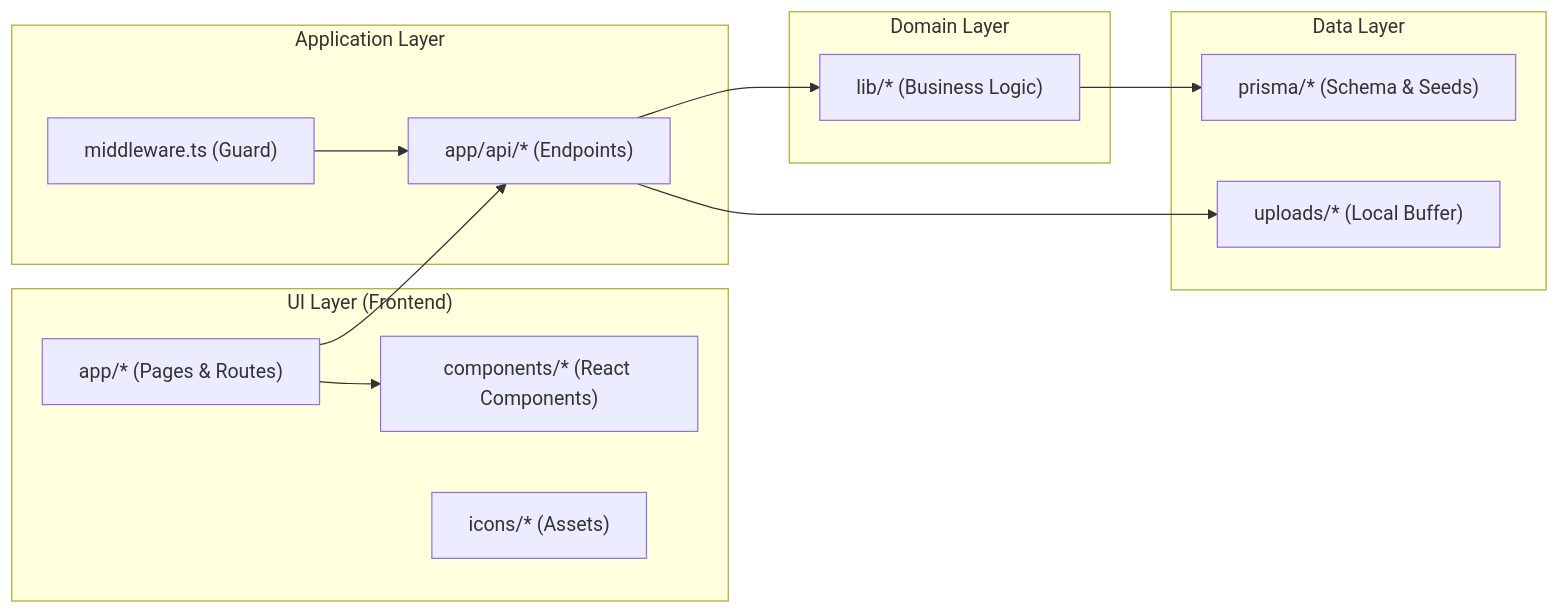
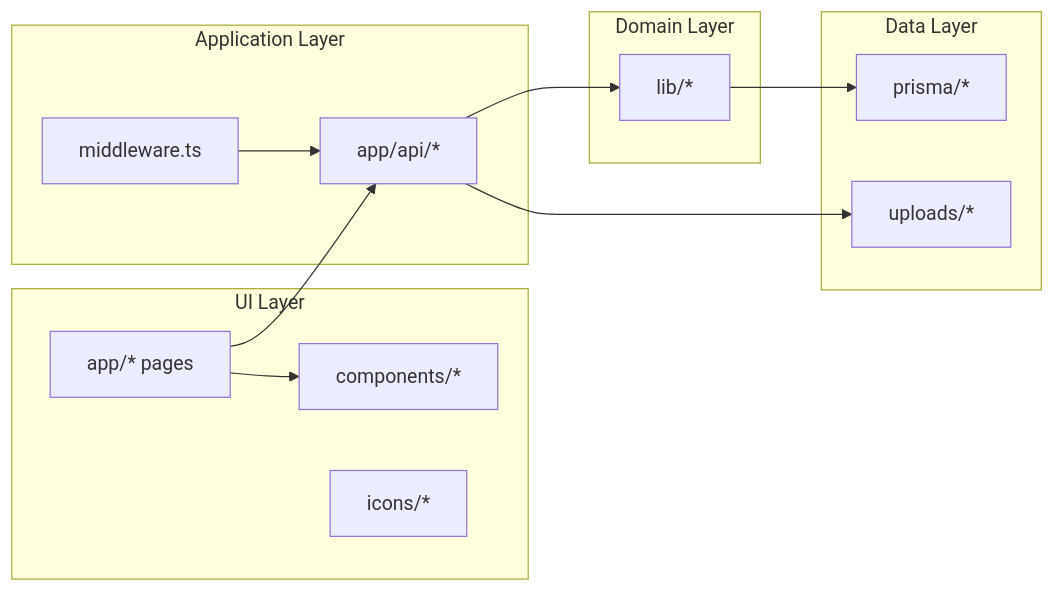
Before and after one commit to xxxquide/Agroplus_Practice: the fourth of 4 diagrams in README.md, drawn with Mermaid. The commit also changed other lines of this file, not shown here.

````diff
--- a/README.md
+++ b/README.md
@@ -243,29 +194,29 @@
 ```mermaid
 flowchart LR
-  subgraph UI["UI Layer (Frontend)"]
-    APP["app/* (Pages & Routes)"]
-    CMP["components/* (React Components)"]
-    ICO["icons/* (Assets)"]
+  subgraph UI["UI Layer"]
+    APP["app/* pages"]
+    CMP["components/*"]
+    ICO["icons/*"]
   end
 
   subgraph APPLOGIC["Application Layer"]
-    API["app/api/* (Endpoints)"]
-    MID["middleware.ts (Guard)"]
+    API["app/api/*"]
+    MID["middleware.ts"]
   end
 
   subgraph DOMAIN["Domain Layer"]
-    LIB["lib/* (Business Logic)"]
+    LIB["lib/*"]
   end
 
   subgraph DATA["Data Layer"]
-    PRI["prisma/* (Schema & Seeds)"]
-    UP["uploads/* (Local Buffer)"]
+    PRI["prisma/*"]
+    UP["uploads/*"]
   end
 
   APP --> CMP
   APP --> API
   MID --> API
   API --> LIB
   LIB --> PRI
   API --> UP
 ```
````
